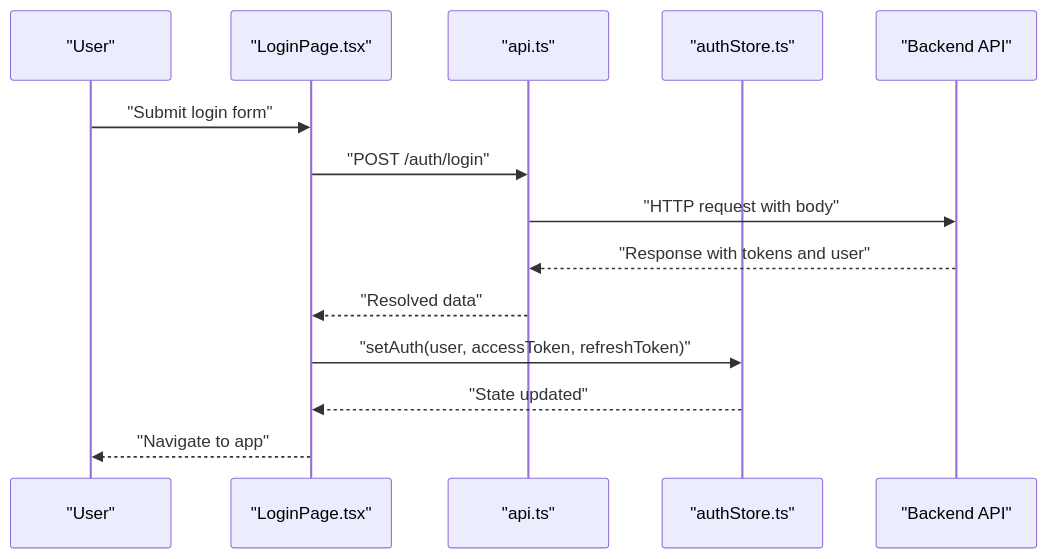
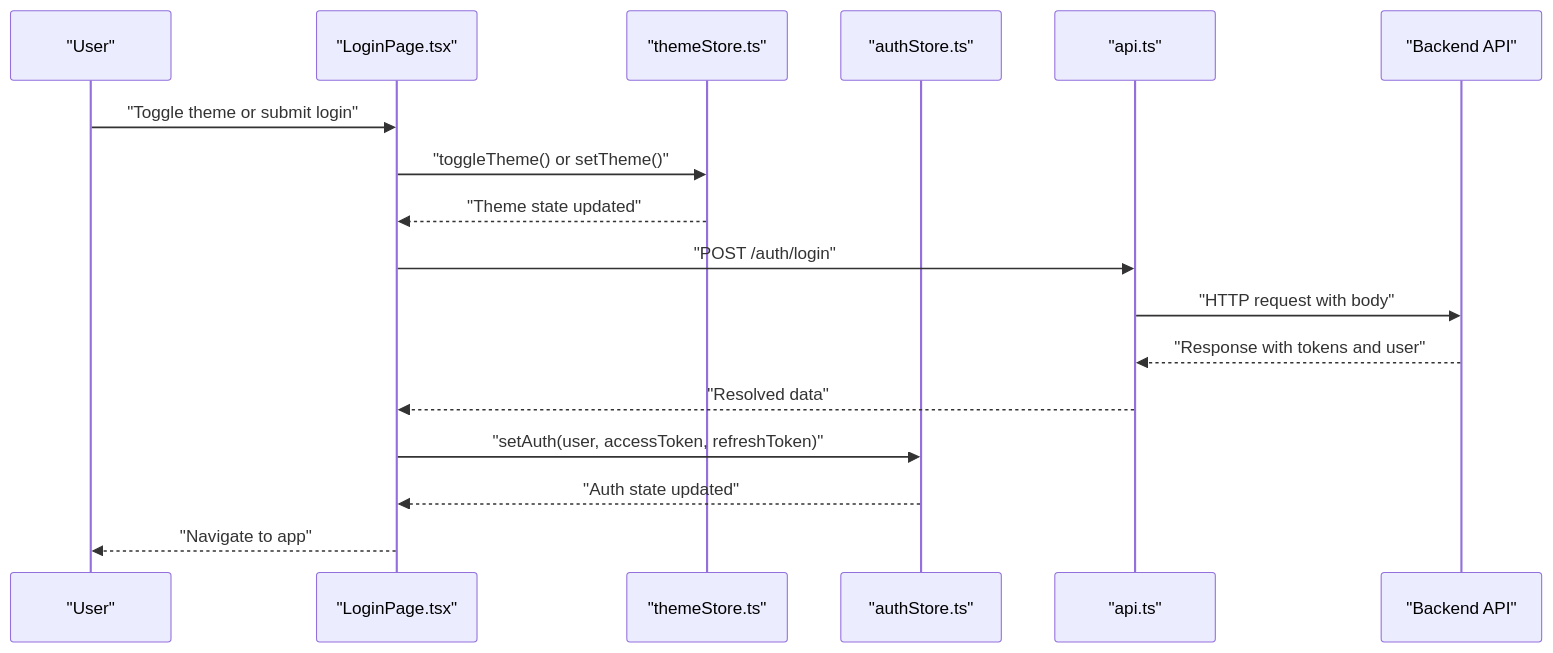
One commit to Vostrikov2014/vks-qoder changed the second of 7 diagrams in .qoder/repowiki/en/content/Frontend Application/State Management.md. Above: the diagram before and after it, drawn with Mermaid. The commit also changed other lines of this file and 5 other files, not shown here.

````diff
--- a/.qoder/repowiki/en/content/Frontend Application/State Management.md
+++ b/.qoder/repowiki/en/content/Frontend Application/State Management.md
@@ -109,16 +130,19 @@
 ```mermaid
 sequenceDiagram
 participant U as "User"
 participant LP as "LoginPage.tsx"
+participant TS as "themeStore.ts"
+participant AS as "authStore.ts"
 participant API as "api.ts"
-participant ST as "authStore.ts"
 participant BE as "Backend API"
-U->>LP : "Submit login form"
+U->>LP : "Toggle theme or submit login"
+LP->>TS : "toggleTheme() or setTheme()"
+TS-->>LP : "Theme state updated"
 LP->>API : "POST /auth/login"
 API->>BE : "HTTP request with body"
 BE-->>API : "Response with tokens and user"
 API-->>LP : "Resolved data"
-LP->>ST : "setAuth(user, accessToken, refreshToken)"
-ST-->>LP : "State updated"
+LP->>AS : "setAuth(user, accessToken, refreshToken)"
+AS-->>LP : "Auth state updated"
 LP-->>U : "Navigate to app"
 ```
````
